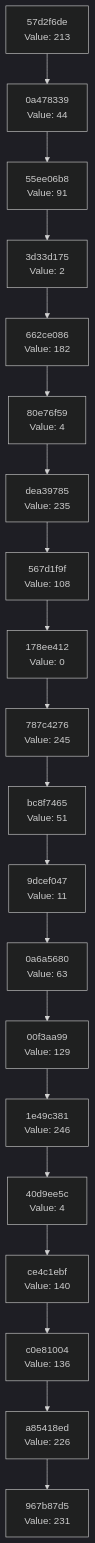
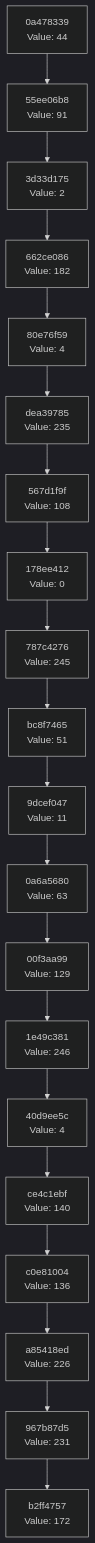
The diagram in docs/CHAIN_VISUALIZATION.md (Abhisheksinha1506/hash-chain-evolver), drawn with Mermaid (dark theme) before and after one commit. The commit also changed 3 other files, not shown here.

````diff
--- a/docs/CHAIN_VISUALIZATION.md
+++ b/docs/CHAIN_VISUALIZATION.md
@@ -3,42 +3,42 @@
 ```mermaid
 graph TD
-    C0["967b87d5<br/>Value: 231"]
-    C1["a85418ed<br/>Value: 226"]
+    C0["b2ff4757<br/>Value: 172"]
+    C1["967b87d5<br/>Value: 231"]
     C1 --> C0
-    C2["c0e81004<br/>Value: 136"]
+    C2["a85418ed<br/>Value: 226"]
     C2 --> C1
-    C3["ce4c1ebf<br/>Value: 140"]
+    C3["c0e81004<br/>Value: 136"]
     C3 --> C2
-    C4["40d9ee5c<br/>Value: 4"]
+    C4["ce4c1ebf<br/>Value: 140"]
     C4 --> C3
-    C5["1e49c381<br/>Value: 246"]
+    C5["40d9ee5c<br/>Value: 4"]
     C5 --> C4
-    C6["00f3aa99<br/>Value: 129"]
+    C6["1e49c381<br/>Value: 246"]
     C6 --> C5
-    C7["0a6a5680<br/>Value: 63"]
+    C7["00f3aa99<br/>Value: 129"]
     C7 --> C6
-    C8["9dcef047<br/>Value: 11"]
+    C8["0a6a5680<br/>Value: 63"]
     C8 --> C7
-    C9["bc8f7465<br/>Value: 51"]
+    C9["9dcef047<br/>Value: 11"]
     C9 --> C8
-    C10["787c4276<br/>Value: 245"]
+    C10["bc8f7465<br/>Value: 51"]
     C10 --> C9
-    C11["178ee412<br/>Value: 0"]
+    C11["787c4276<br/>Value: 245"]
     C11 --> C10
-    C12["567d1f9f<br/>Value: 108"]
+    C12["178ee412<br/>Value: 0"]
     C12 --> C11
-    C13["dea39785<br/>Value: 235"]
+    C13["567d1f9f<br/>Value: 108"]
     C13 --> C12
-    C14["80e76f59<br/>Value: 4"]
+    C14["dea39785<br/>Value: 235"]
     C14 --> C13
-    C15["662ce086<br/>Value: 182"]
+    C15["80e76f59<br/>Value: 4"]
     C15 --> C14
-    C16["3d33d175<br/>Value: 2"]
+    C16["662ce086<br/>Value: 182"]
     C16 --> C15
-    C17["55ee06b8<br/>Value: 91"]
+    C17["3d33d175<br/>Value: 2"]
     C17 --> C16
-    C18["0a478339<br/>Value: 44"]
+    C18["55ee06b8<br/>Value: 91"]
     C18 --> C17
-    C19["57d2f6de<br/>Value: 213"]
+    C19["0a478339<br/>Value: 44"]
     C19 --> C18
 ```
````
